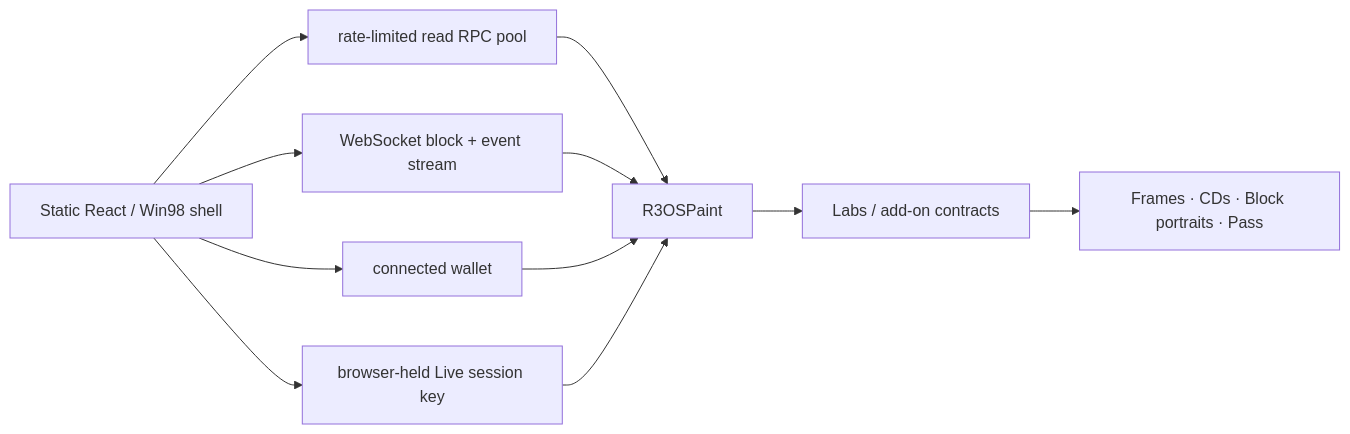
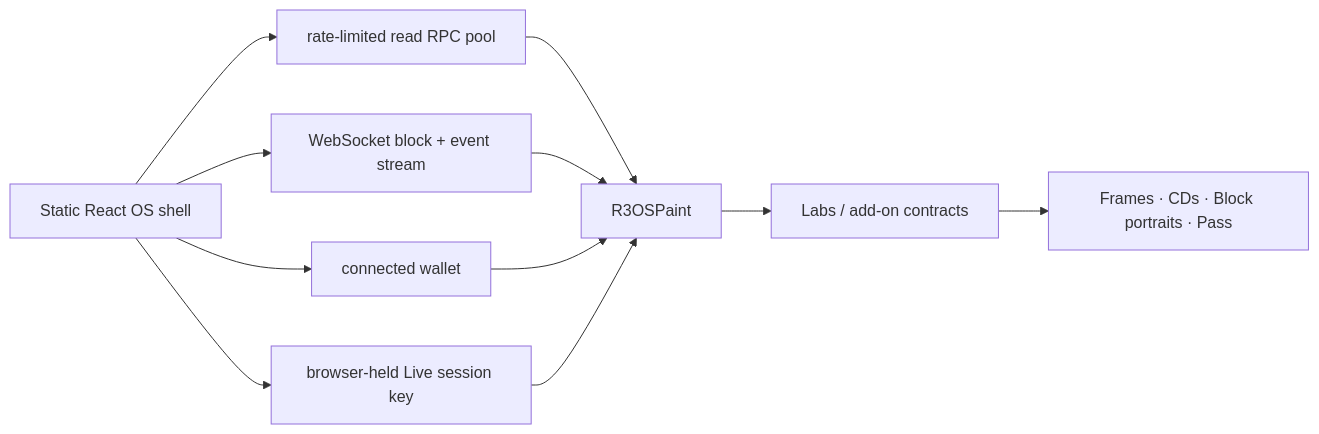
Before and after one commit to dreiki-nft/r3OS: the diagram in README.md, drawn with Mermaid. The commit also changed other lines of this file and 5 other files, not shown here.

````diff
--- a/README.md
+++ b/README.md
@@ -194,13 +194,13 @@
 ```mermaid
 flowchart LR
-  UI["Static React / Win98 shell"] --> READ["rate-limited read RPC pool"]
+  UI["Static React OS shell"] --> READ["rate-limited read RPC pool"]
   UI --> WS["WebSocket block + event stream"]
   UI --> WALLET["connected wallet"]
   UI --> LIVE["browser-held Live session key"]
   READ --> PAINT["R3OSPaint"]
   WS --> PAINT
   WALLET --> PAINT
   LIVE --> PAINT
   PAINT --> LABS["Labs / add-on contracts"]
   LABS --> NFT["Frames · CDs · Block portraits · Pass"]
 ```
````
